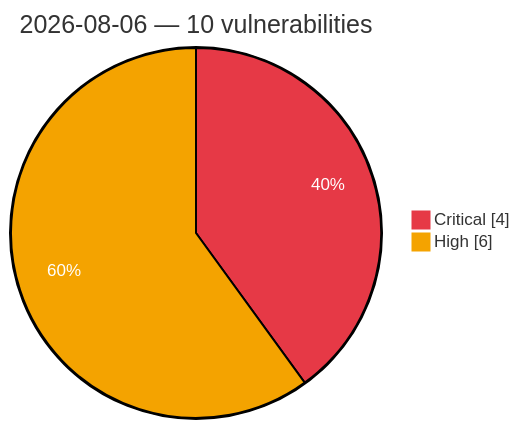
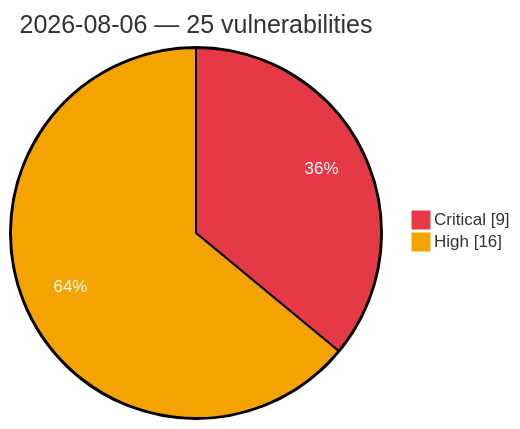
Before and after one commit to GhostX0X/vuln-tracker: the diagram in vulnerabilities/2026-08-06.md, drawn with Mermaid. The commit also changed other lines of this file and 1 other file, not shown here.

Commit message:
Auto update: critical/high vulns (2026-08-07 00:39 UTC)

````diff
--- a/vulnerabilities/2026-08-06.md
+++ b/vulnerabilities/2026-08-06.md
@@ -3,7 +3,7 @@
 ```mermaid
 %%{init: {'theme':'base', 'themeVariables': {'pie1':'#e63946', 'pie2':'#f4a300', 'pieOpacity':'1', 'pieOuterStrokeWidth':'2px', 'pieSectionTextColor':'#ffffff'}}}%%
 pie showData
-    title 2026-08-06 — 10 vulnerabilities
-    "Critical" : 4
-    "High" : 6
+    title 2026-08-06 — 25 vulnerabilities
+    "Critical" : 9
+    "High" : 16
 ```
````
